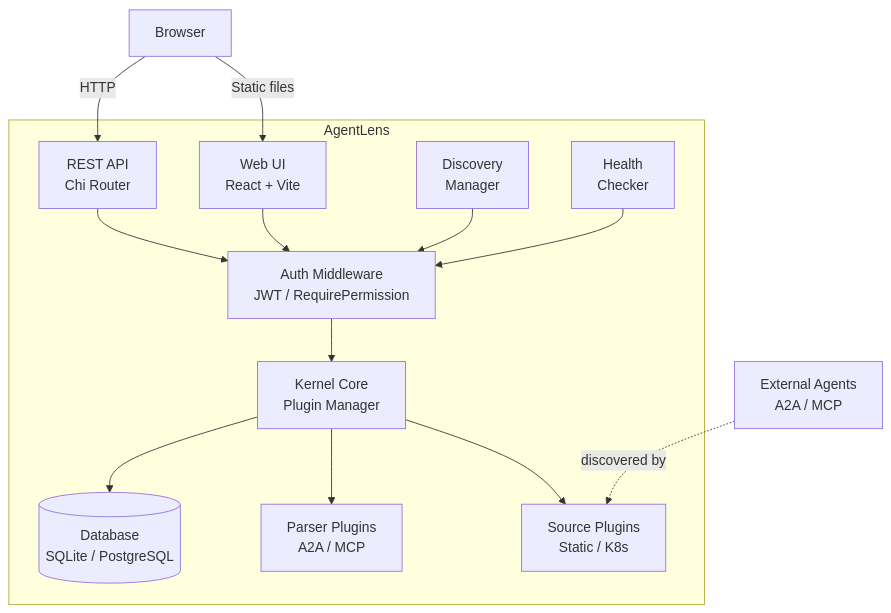
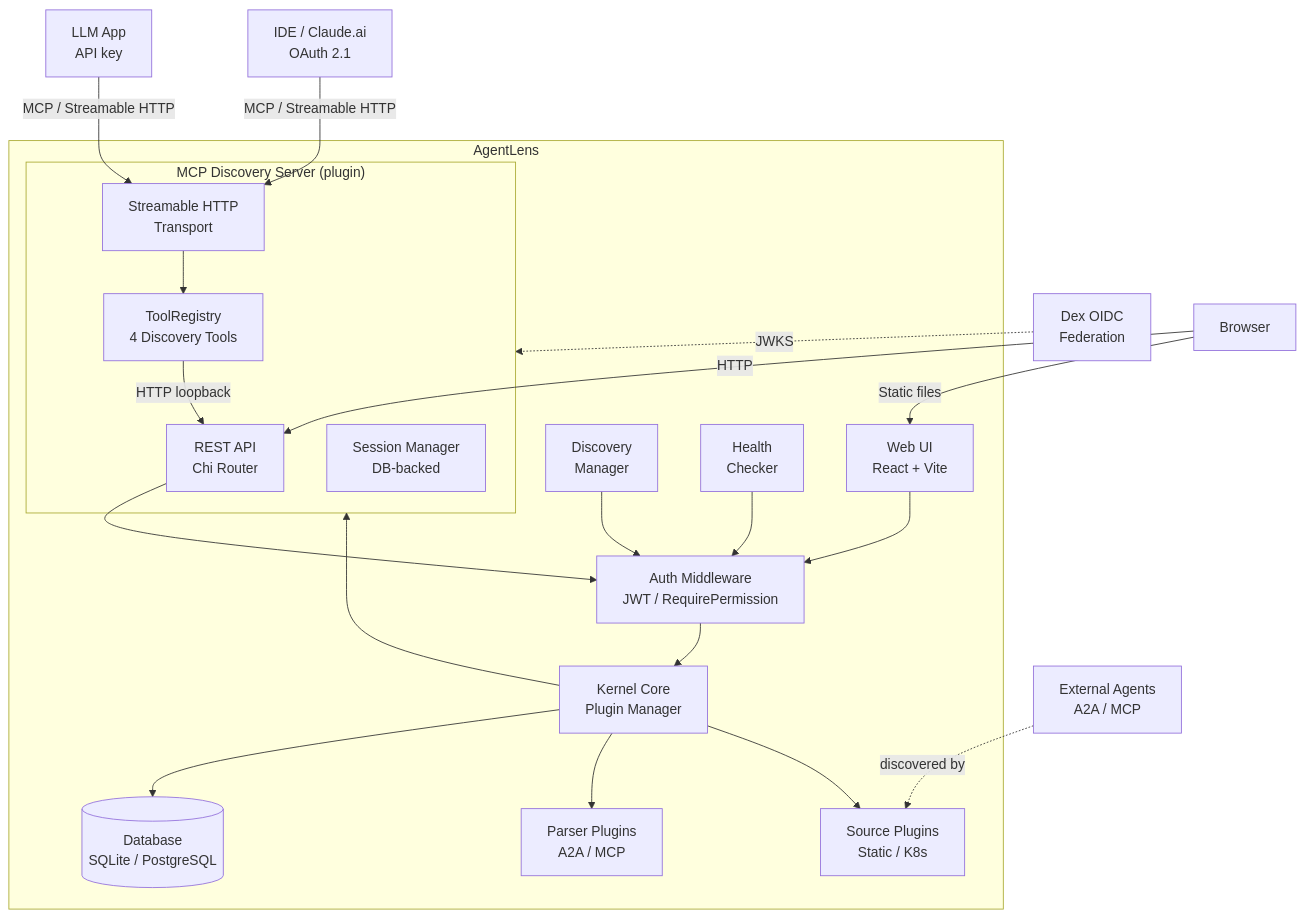
One commit to PawelHaracz/Agentlens changed the first of 12 diagrams in docs/architecture.md. Above: the diagram before and after it, drawn with Mermaid. The commit also changed 13 other files, not shown here.

First line of the commit message:
feat(mcp): helm 0.3.0, dex subchart, docker-compose.dev.yml, docs

````diff
--- a/docs/architecture.md
+++ b/docs/architecture.md
@@ -9,26 +9,38 @@
 ```mermaid
 graph TD
     subgraph AgentLens
         API[REST API<br/>Chi Router]
         UI[Web UI<br/>React + Vite]
         DM[Discovery<br/>Manager]
         HC[Health<br/>Checker]
 
         AUTH[Auth Middleware<br/>JWT / RequirePermission]
+
+        subgraph MCP["MCP Discovery Server (plugin)"]
+            MCPWIRE[Streamable HTTP<br/>Transport]
+            TOOLREG[ToolRegistry<br/>4 Discovery Tools]
+            SESS[Session Manager<br/>DB-backed]
+            MCPWIRE --> TOOLREG
+            TOOLREG -->|HTTP loopback| API
+        end
 
         API --> AUTH
         UI --> AUTH
         DM --> AUTH
         HC --> AUTH
 
         AUTH --> KERNEL[Kernel Core<br/>Plugin Manager]
 
         KERNEL --> DB[(Database<br/>SQLite / PostgreSQL)]
         KERNEL --> PARSERS[Parser Plugins<br/>A2A / MCP]
         KERNEL --> SOURCES[Source Plugins<br/>Static / K8s]
+        KERNEL --> MCP
     end
 
+    DEX[Dex OIDC<br/>Federation] -.->|JWKS| MCP
     AGENTS[External Agents<br/>A2A / MCP] -.->|discovered by| SOURCES
     BROWSER[Browser] -->|HTTP| API
     BROWSER -->|Static files| UI
+    LLMAPP[LLM App<br/>API key] -->|MCP / Streamable HTTP| MCPWIRE
+    IDE[IDE / Claude.ai<br/>OAuth 2.1] -->|MCP / Streamable HTTP| MCPWIRE
 ```
````
